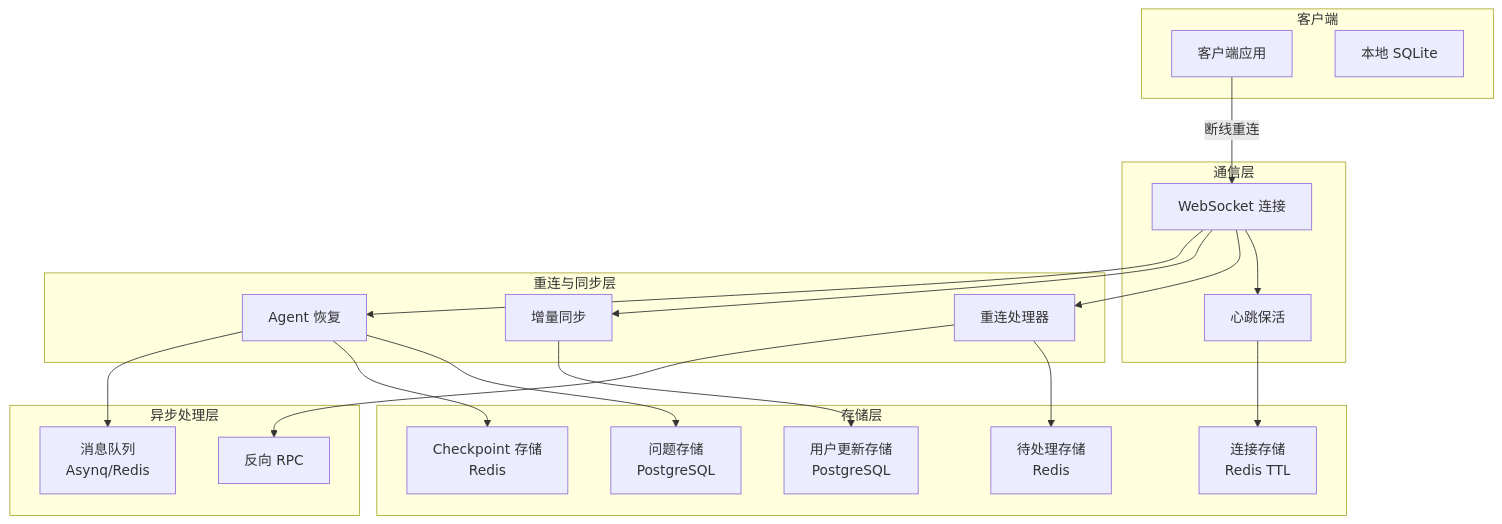
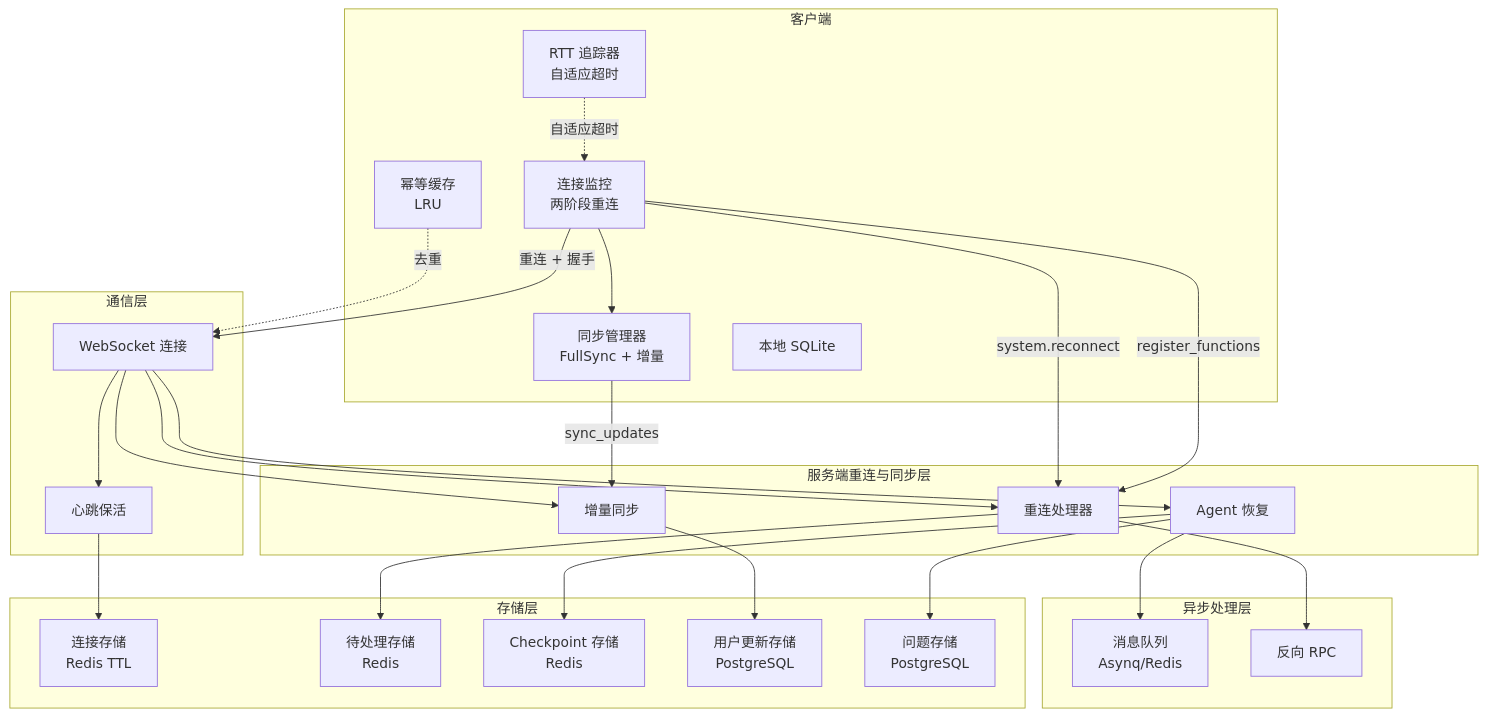
The first of 9 diagrams in wiki/flows/reconnection.md (PineappleBond/xyncra-server), drawn with Mermaid before and after one commit. The commit also changed other lines of this file and 16 other files, not shown here.

First line of the commit message:
docs(wiki): comprehensive review and fix of all flow documents

````diff
--- a/wiki/flows/reconnection.md
+++ b/wiki/flows/reconnection.md
@@ -24,46 +25,55 @@
 ```mermaid
 graph TB
     subgraph "客户端"
-        Client[客户端应用]
+        ConnMonitor[连接监控<br/>两阶段重连]
+        SyncMgr[同步管理器<br/>FullSync + 增量]
+        RTTTracker[RTT 追踪器<br/>自适应超时]
+        IdemCache[幂等缓存<br/>LRU]
         LocalDB[本地 SQLite]
     end
 
     subgraph "通信层"
         WS[WebSocket 连接]
         Heartbeat[心跳保活]
     end
 
-    subgraph "重连与同步层"
+    subgraph "服务端重连与同步层"
         Reconnect[重连处理器]
         SyncUpdates[增量同步]
         AgentResume[Agent 恢复]
     end
 
     subgraph "存储层"
         ConnStore[连接存储<br/>Redis TTL]
         PendingStore[待处理存储<br/>Redis]
         CheckpointStore[Checkpoint 存储<br/>Redis]
         UserUpdateStore[用户更新存储<br/>PostgreSQL]
         QuestionStore[问题存储<br/>PostgreSQL]
     end
 
     subgraph "异步处理层"
         MQ[消息队列<br/>Asynq/Redis]
         ReverseRPC[反向 RPC]
     end
 
-    Client -->|断线重连| WS
+    ConnMonitor -->|重连 + 握手| WS
+    ConnMonitor -->|register_functions| Reconnect
+    ConnMonitor -->|system.reconnect| Reconnect
+    ConnMonitor --> SyncMgr
+    SyncMgr -->|sync_updates| SyncUpdates
     WS --> Heartbeat
     WS --> Reconnect
     WS --> SyncUpdates
     WS --> AgentResume
+    RTTTracker -.->|自适应超时| ConnMonitor
+    IdemCache -.->|去重| WS
 
     Reconnect --> PendingStore
     Reconnect --> ReverseRPC
     SyncUpdates --> UserUpdateStore
     AgentResume --> QuestionStore
     AgentResume --> CheckpointStore
     AgentResume --> MQ
 
     Heartbeat --> ConnStore
 ```
````
